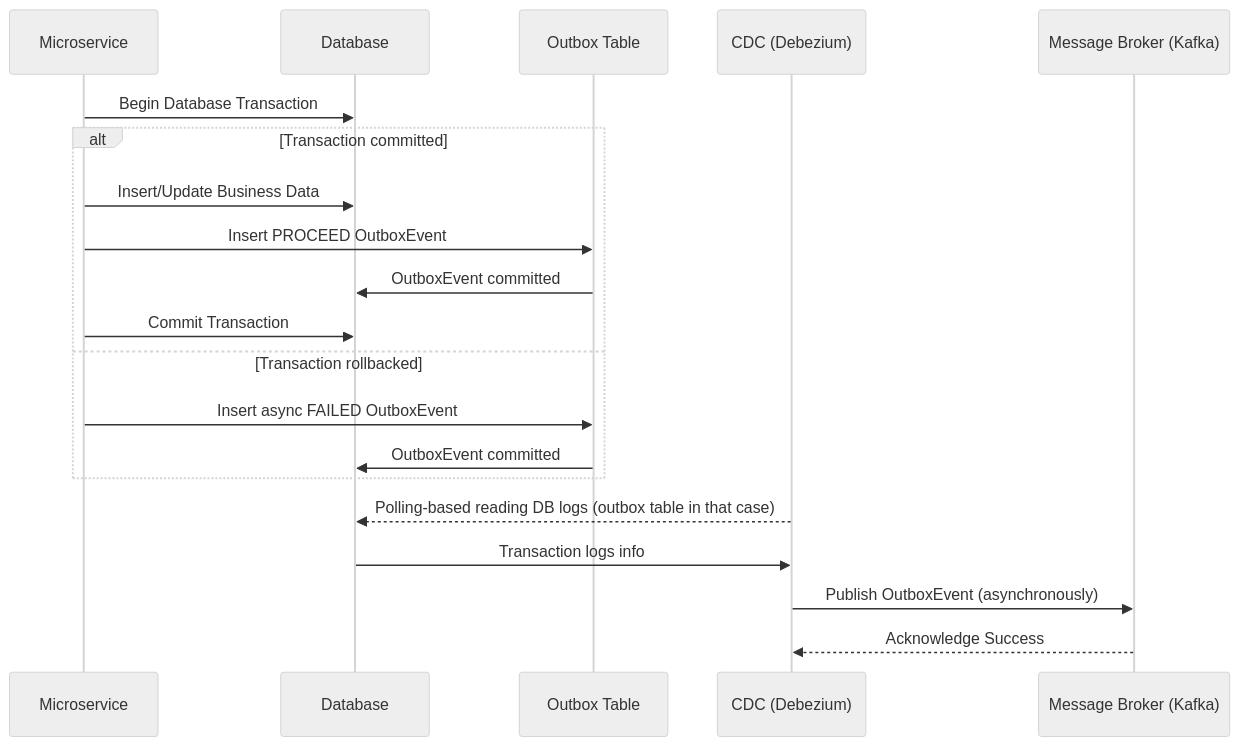
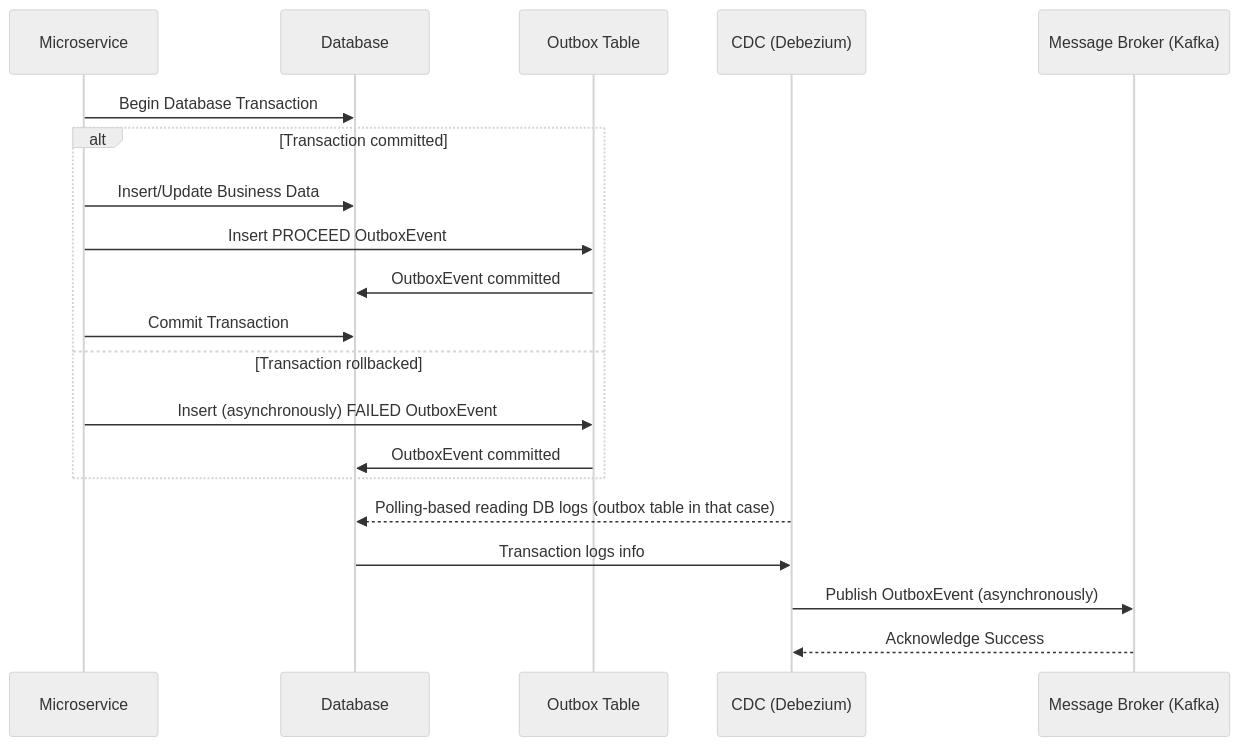
One commit to Metelyoff/micro-ecommerce changed the diagram in README.md. Above: the diagram before and after it, drawn with Mermaid (neutral theme).

Commit message:
Add usage description

````diff
--- a/README.md
+++ b/README.md
@@ -123,23 +123,23 @@
 ```mermaid
 sequenceDiagram
    participant Service as Microservice
    participant DB as Database
    participant Outbox as Outbox Table
    participant CDC as CDC (Debezium)
    participant Broker as Message Broker (Kafka)
 
    Service->>DB: Begin Database Transaction
    alt Transaction committed
       Service->>DB: Insert/Update Business Data
       Service->>Outbox: Insert PROCEED OutboxEvent
       Outbox->>DB: OutboxEvent committed
       Service->>DB: Commit Transaction
    else Transaction rollbacked
-      Service->>Outbox: Insert async FAILED OutboxEvent
+      Service->>Outbox: Insert (asynchronously) FAILED OutboxEvent
       Outbox->>DB: OutboxEvent committed
    end
    CDC-->>DB: Polling-based reading DB logs (outbox table in that case)
    DB->>CDC: Transaction logs info
    CDC->>Broker: Publish OutboxEvent (asynchronously)
    Broker-->>CDC: Acknowledge Success
 ```
````
